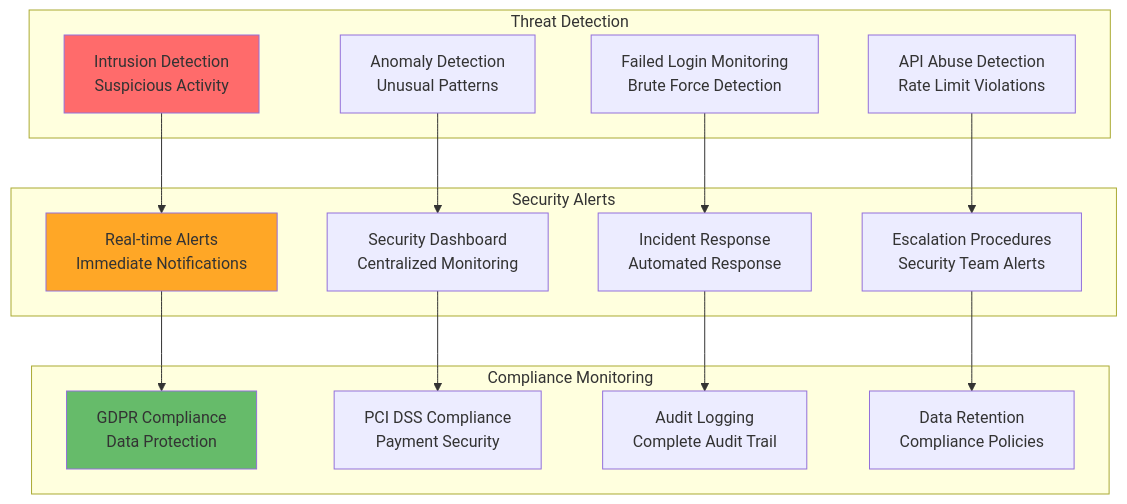
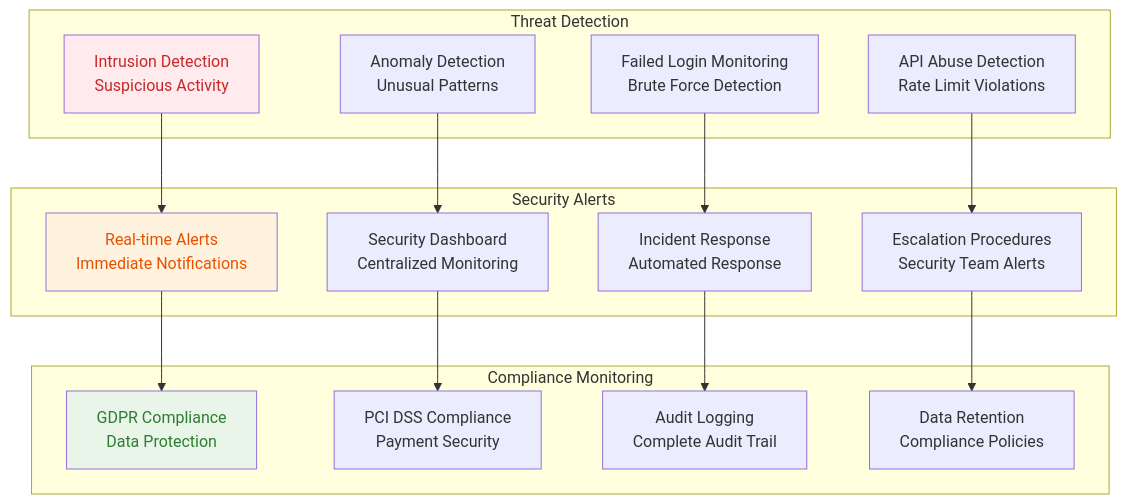
Diagram 37 of 44 in README.md (sandeepkumar0801/Digihub), drawn with Mermaid before and after one commit. The commit also changed other lines of this file, not shown here.

Commit message:
fix color in diagrams

````diff
--- a/README.md
+++ b/README.md
@@ -5395,37 +5395,37 @@
 ```mermaid
 graph TD
     subgraph "Threat Detection"
         A1[Intrusion Detection<br/>Suspicious Activity]
         A2[Anomaly Detection<br/>Unusual Patterns]
         A3[Failed Login Monitoring<br/>Brute Force Detection]
         A4[API Abuse Detection<br/>Rate Limit Violations]
     end
 
     subgraph "Security Alerts"
         B1[Real-time Alerts<br/>Immediate Notifications]
         B2[Security Dashboard<br/>Centralized Monitoring]
         B3[Incident Response<br/>Automated Response]
         B4[Escalation Procedures<br/>Security Team Alerts]
     end
 
     subgraph "Compliance Monitoring"
         C1[GDPR Compliance<br/>Data Protection]
         C2[PCI DSS Compliance<br/>Payment Security]
         C3[Audit Logging<br/>Complete Audit Trail]
         C4[Data Retention<br/>Compliance Policies]
     end
 
     A1 --> B1
     A2 --> B2
     A3 --> B3
     A4 --> B4
 
     B1 --> C1
     B2 --> C2
     B3 --> C3
     B4 --> C4
 
-    style A1 fill:#ff6b6b
-    style B1 fill:#ffa726
-    style C1 fill:#66bb6a
+    style A1 fill:#ffebee,color:#c62828
+    style B1 fill:#fff3e0,color:#e65100
+    style C1 fill:#e8f5e8,color:#2e7d32
 ```
````
